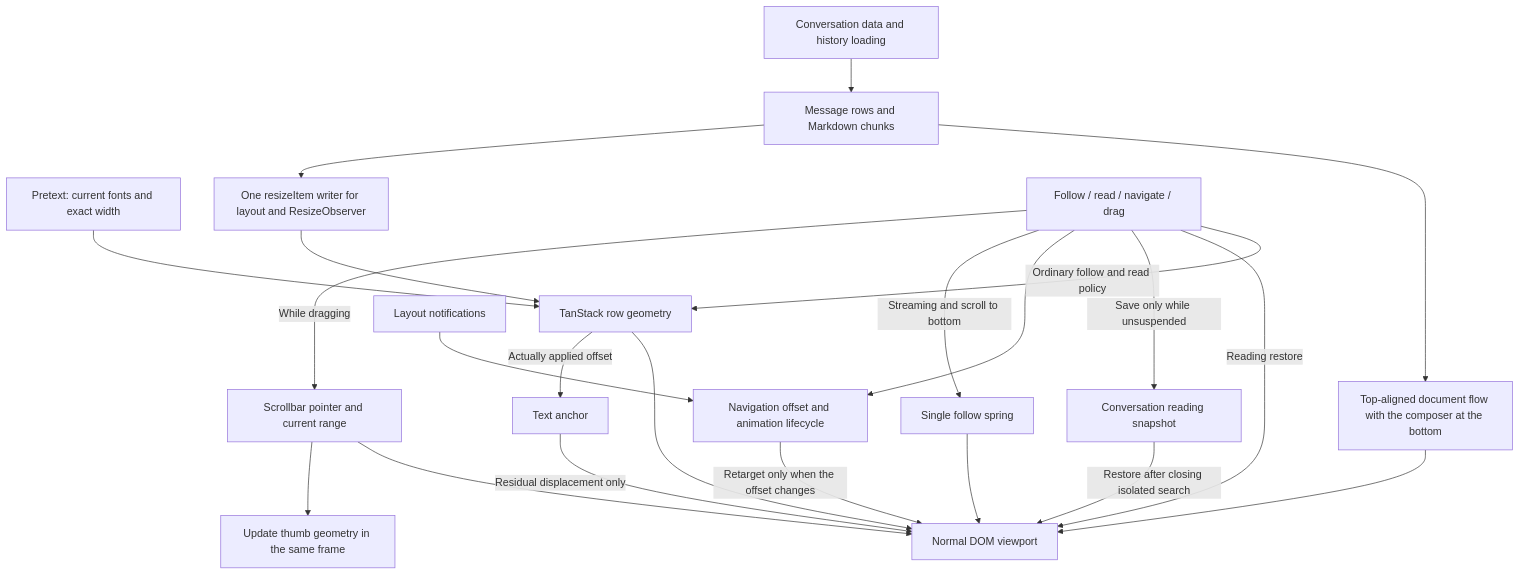
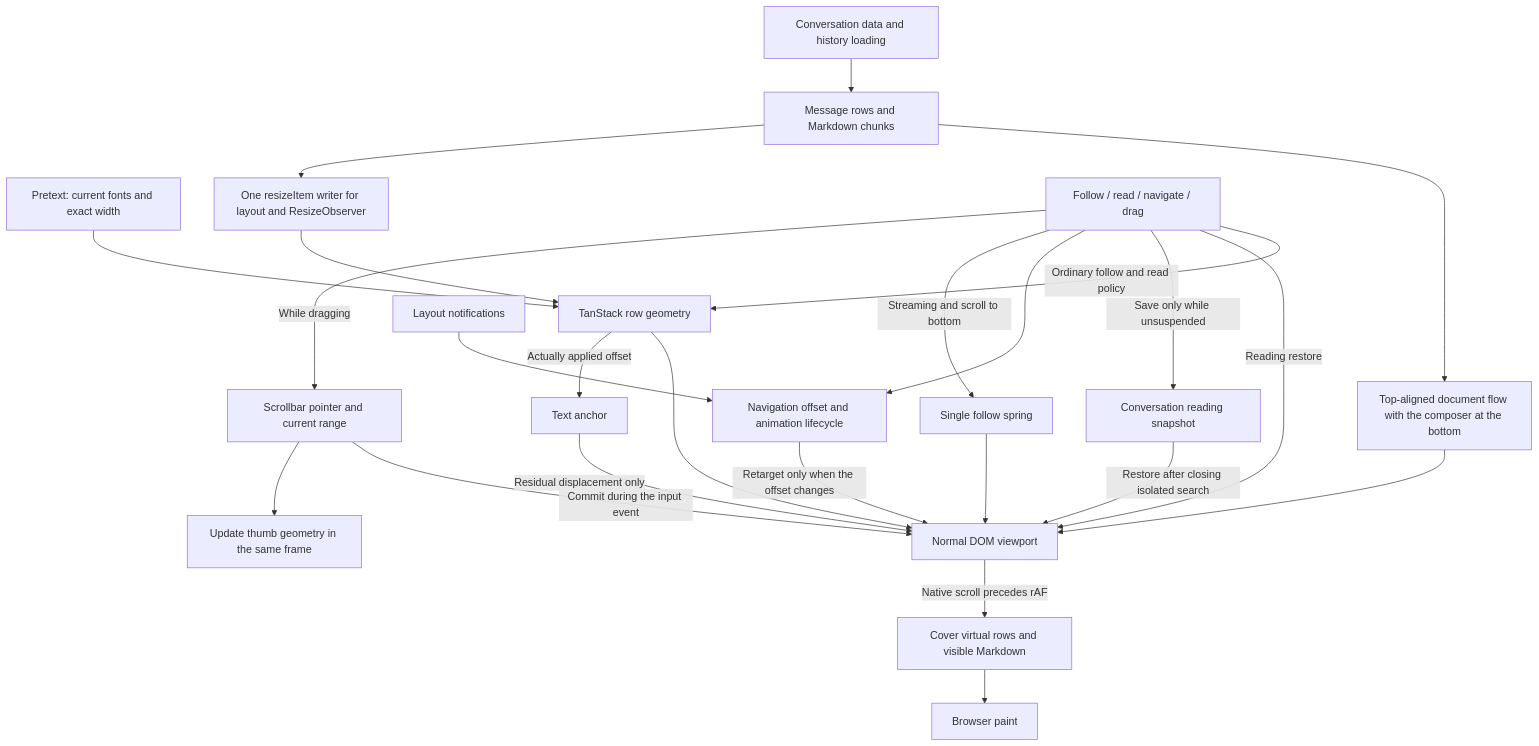
Before and after one commit to wecode-ai/Wegent: the diagram in docs/en/wegent/developer-guide/wework-message-scroll.md, drawn with Mermaid. The commit also changed other lines of this file and 4 other files, not shown here.

Commit message:
fix(wework): commit scrollbar input before the scroll rendering phase

````diff
--- a/docs/en/wegent/developer-guide/wework-message-scroll.md
+++ b/docs/en/wegent/developer-guide/wework-message-scroll.md
@@ -9,24 +9,26 @@
 ```mermaid
 flowchart TD
   Messages[Conversation data and history loading] --> Rows[Message rows and Markdown chunks]
   Rows --> Flow[Top-aligned document flow with the composer at the bottom]
   Flow --> Viewport
   Pretext[Pretext: current fonts and exact width] --> Engine[TanStack row geometry]
   Rows --> Measure[One resizeItem writer for layout and ResizeObserver]
   Measure --> Engine
   Engine --> Viewport[Normal DOM viewport]
   Controller[Follow / read / navigate / drag] -->|Ordinary follow and read policy| Engine
   Controller -->|Reading restore| Viewport
   Controller -->|Save only while unsuspended| Snapshot[Conversation reading snapshot]
   Snapshot -->|Restore after closing isolated search| Viewport
   Controller --> Navigation[Navigation offset and animation lifecycle]
   Layout[Layout notifications] --> Navigation
   Navigation -->|Retarget only when the offset changes| Viewport
   Controller -->|Streaming and scroll to bottom| Spring[Single follow spring]
   Controller -->|While dragging| Pointer[Scrollbar pointer and current range]
-  Pointer --> Viewport
+  Pointer -->|Commit during the input event| Viewport
   Pointer --> Thumb[Update thumb geometry in the same frame]
+  Viewport -->|Native scroll precedes rAF| Coverage[Cover virtual rows and visible Markdown]
+  Coverage --> Paint[Browser paint]
   Engine -->|Actually applied offset| TextAnchor[Text anchor]
   TextAnchor -->|Residual displacement only| Viewport
   Spring --> Viewport
 ```
````
